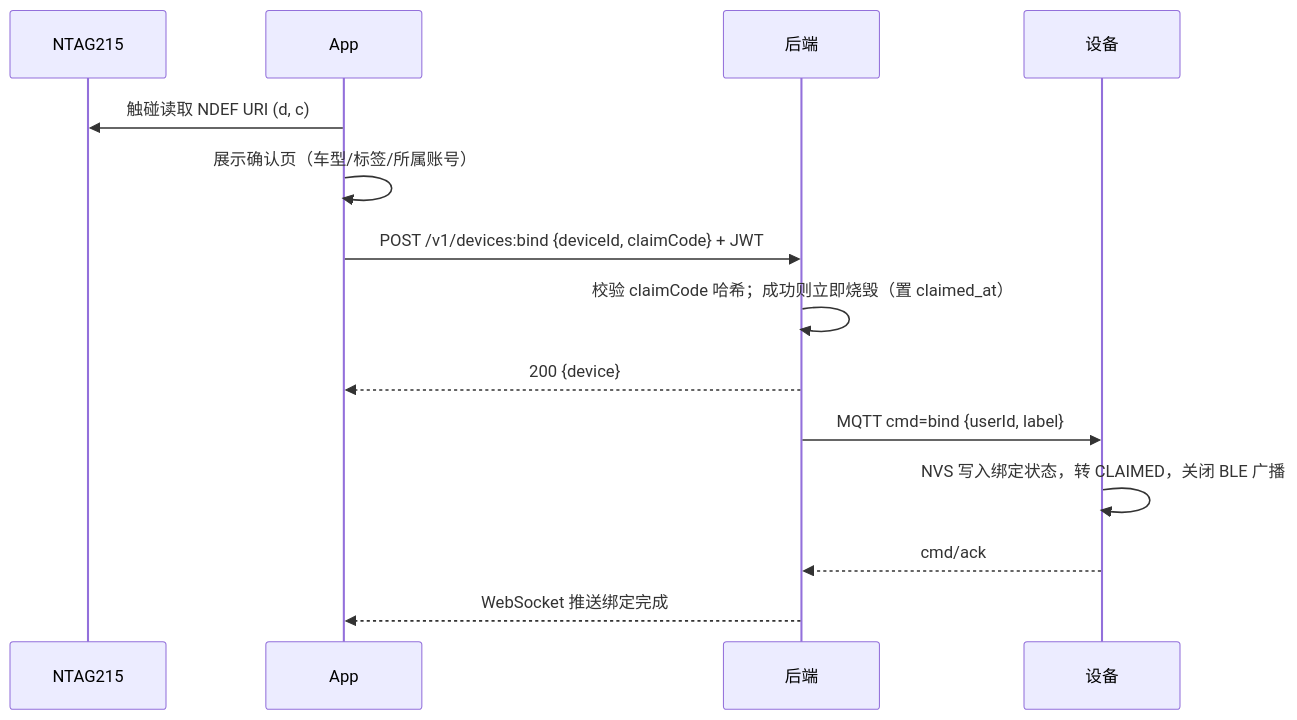
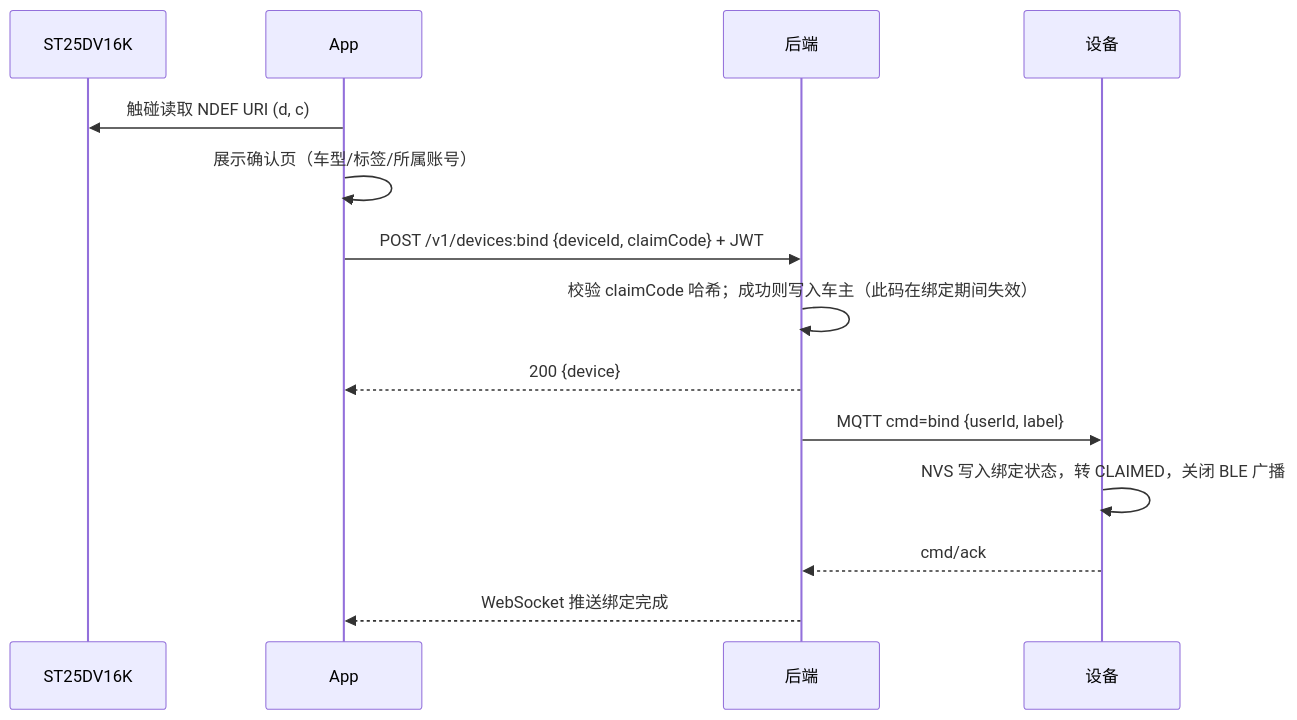
The first of 2 diagrams in docs/pairing.md (bycicle-locating/bycicle-locating), drawn with Mermaid before and after one commit. The commit also changed other lines of this file and 22 other files, not shown here.

````diff
--- a/docs/pairing.md
+++ b/docs/pairing.md
@@ -38,16 +49,16 @@
 ```mermaid
 sequenceDiagram
-  participant T as NTAG215
+  participant T as ST25DV16K
   participant A as App
   participant B as 后端
   participant D as 设备
   A->>T: 触碰读取 NDEF URI (d, c)
   A->>A: 展示确认页（车型/标签/所属账号）
   A->>B: POST /v1/devices:bind {deviceId, claimCode} + JWT
-  B->>B: 校验 claimCode 哈希；成功则立即烧毁（置 claimed_at）
+  B->>B: 校验 claimCode 哈希；成功则写入车主（此码在绑定期间失效）
   B-->>A: 200 {device}
   B->>D: MQTT cmd=bind {userId, label}
   D->>D: NVS 写入绑定状态，转 CLAIMED，关闭 BLE 广播
   D-->>B: cmd/ack
   B-->>A: WebSocket 推送绑定完成
 ```
````
